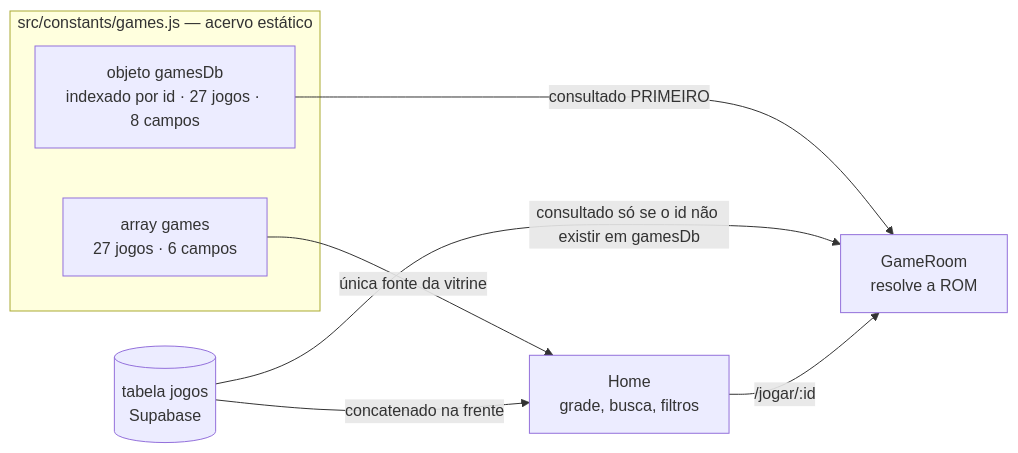
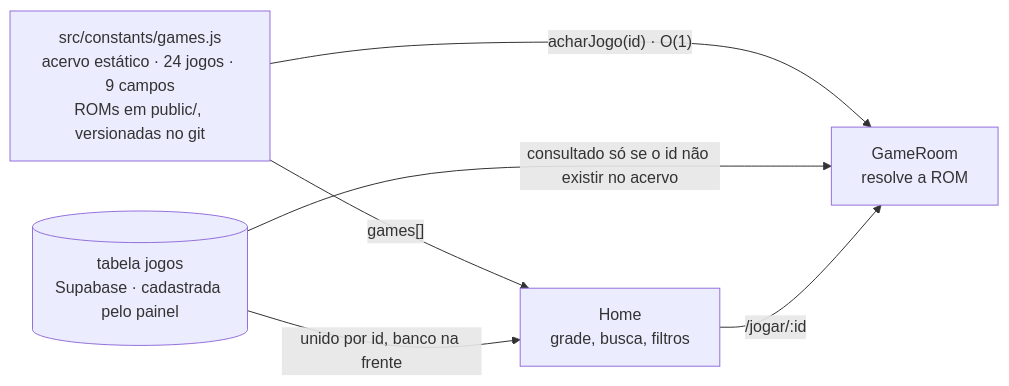
One commit to Assopra-fita/Sopra-Fitas changed the first of 5 diagrams in docs/CATALOGO-DE-JOGOS.md. Above: the diagram before and after it, drawn with Mermaid. The commit also changed other lines of this file and 3 other files, not shown here.

````diff
--- a/docs/CATALOGO-DE-JOGOS.md
+++ b/docs/CATALOGO-DE-JOGOS.md
@@ -18,16 +18,13 @@
 ```mermaid
 flowchart LR
-    subgraph EST["src/constants/games.js — acervo estático"]
-        AR["array games<br/>27 jogos · 6 campos"]
-        DB["objeto gamesDb<br/>indexado por id · 27 jogos · 8 campos"]
-    end
-    SUP[("tabela jogos<br/>Supabase")]
+    EST["src/constants/games.js<br/>acervo estático · 24 jogos · 9 campos<br/>ROMs em public/, versionadas no git"]
+    SUP[("tabela jogos<br/>Supabase · cadastrada pelo painel")]
 
-    AR -->|"única fonte da vitrine"| HOME["Home<br/>grade, busca, filtros"]
-    SUP -->|"concatenado na frente"| HOME
+    EST -->|"games[]"| HOME["Home<br/>grade, busca, filtros"]
+    SUP -->|"unido por id, banco na frente"| HOME
 
-    DB -->|"consultado PRIMEIRO"| GAME["GameRoom<br/>resolve a ROM"]
-    SUP -->|"consultado só se o id não existir em gamesDb"| GAME
+    EST -->|"acharJogo(id) · O(1)"| GAME["GameRoom<br/>resolve a ROM"]
+    SUP -->|"consultado só se o id não existir no acervo"| GAME
 
     HOME -->|"/jogar/:id"| GAME
 ```
````
